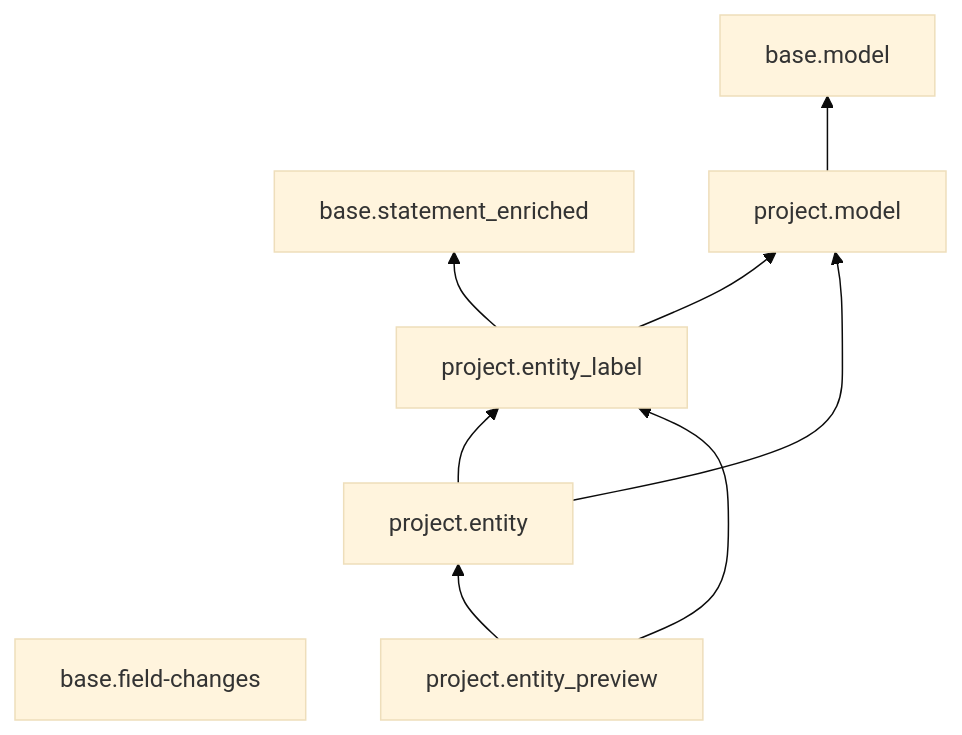
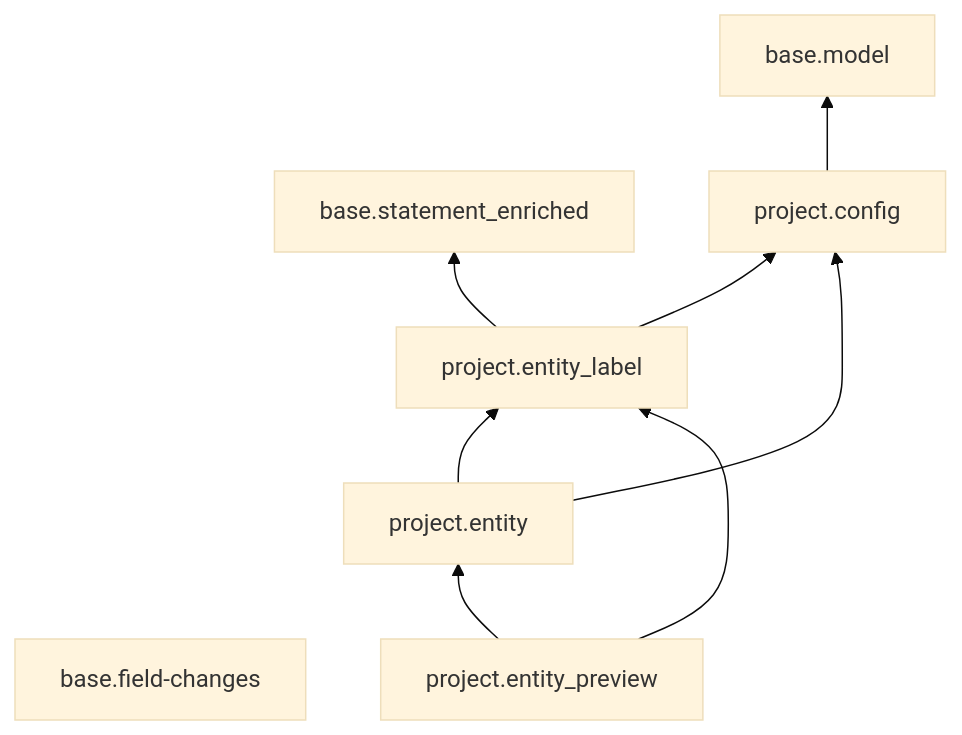
One commit to geovistory/toolbox-streams changed the diagram in README.md. Above: the diagram before and after it, drawn with Mermaid (base theme). The commit also changed 49 other files, not shown here.

Commit message:
add app-project-config

````diff
--- a/README.md
+++ b/README.md
@@ -15,15 +15,15 @@
 ```mermaid
 flowchart BT
     
     base.model
     base.statement_enriched
     base.field-changes
     
-    project.model-->base.model
-    project.entity_label-->project.model
+    project.config-->base.model
+    project.entity_label-->project.config
     project.entity_label-->base.statement_enriched
     project.entity-->project.entity_label
-    project.entity-->project.model
+    project.entity-->project.config
     project.entity_preview-->project.entity
     project.entity_preview-->project.entity_label
 ```
````
